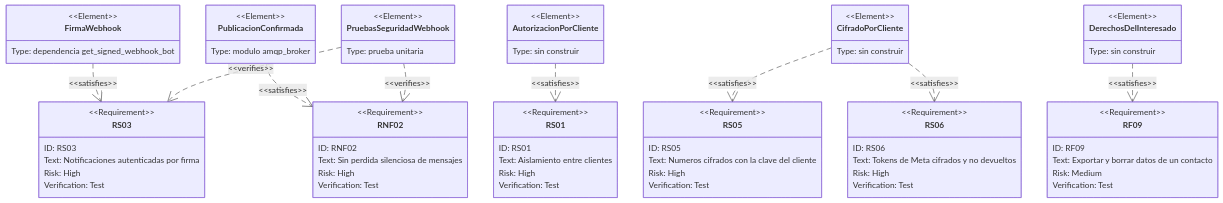
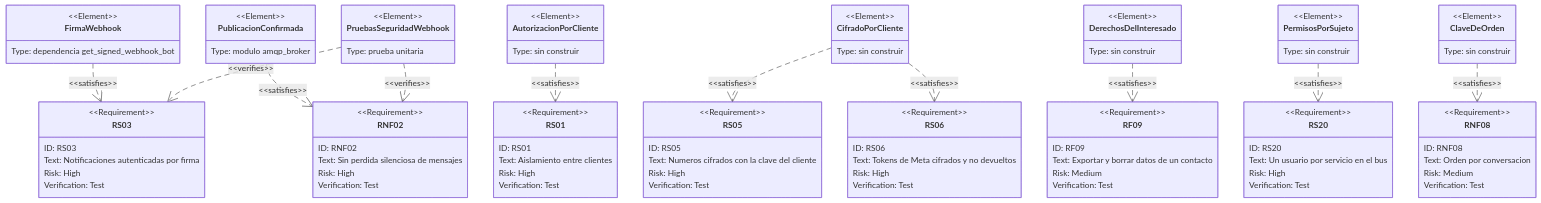
Before and after one commit to jeremialcala/wh-python-fastapi-messenger: the third of 6 diagrams in docs/01-requirements/mvp-baas-gateway.md, drawn with Mermaid. The commit also changed other lines of this file and 5 other files, not shown here.

````diff
--- a/docs/01-requirements/mvp-baas-gateway.md
+++ b/docs/01-requirements/mvp-baas-gateway.md
@@ -210,6 +241,18 @@
       risk: medium
       verifymethod: test
     }
+    requirement RS20 {
+      id: RS20
+      text: Un usuario por servicio en el bus
+      risk: high
+      verifymethod: test
+    }
+    requirement RNF08 {
+      id: RNF08
+      text: Orden por conversacion
+      risk: medium
+      verifymethod: test
+    }
     element FirmaWebhook {
       type: "dependencia get_signed_webhook_bot"
     }
@@ -236,4 +279,12 @@
     CifradoPorCliente - satisfies -> RS05
     CifradoPorCliente - satisfies -> RS06
     DerechosDelInteresado - satisfies -> RF09
+    element PermisosPorSujeto {
+      type: "sin construir"
+    }
+    element ClaveDeOrden {
+      type: "sin construir"
+    }
+    PermisosPorSujeto - satisfies -> RS20
+    ClaveDeOrden - satisfies -> RNF08
 ```
````
